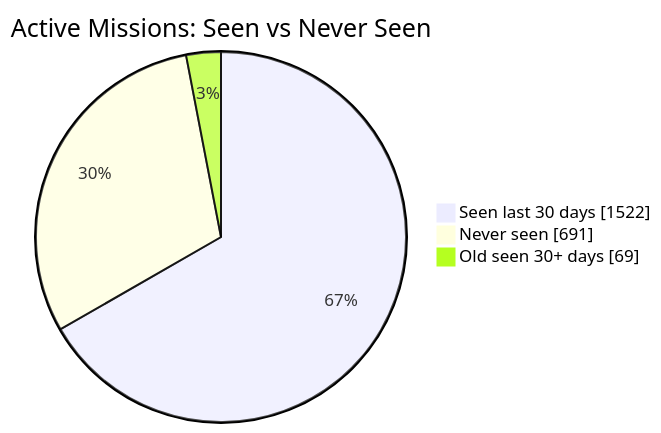
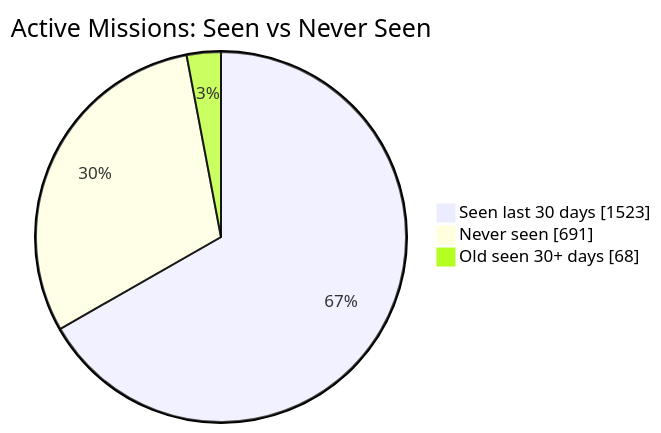
Before and after one commit to MeldkamerspelGameTeam/active-missions: the first of 2 diagrams in README.md, drawn with Mermaid. The commit also changed other lines of this file and 2 other files, not shown here.

````diff
--- a/README.md
+++ b/README.md
@@ -34,7 +34,7 @@
 ```mermaid
 pie showData
     title Active Missions: Seen vs Never Seen
-    "Seen last 30 days" : 1522
+    "Seen last 30 days" : 1523
     "Never seen" : 691
-    "Old seen 30+ days" : 69
+    "Old seen 30+ days" : 68
 ```
````
